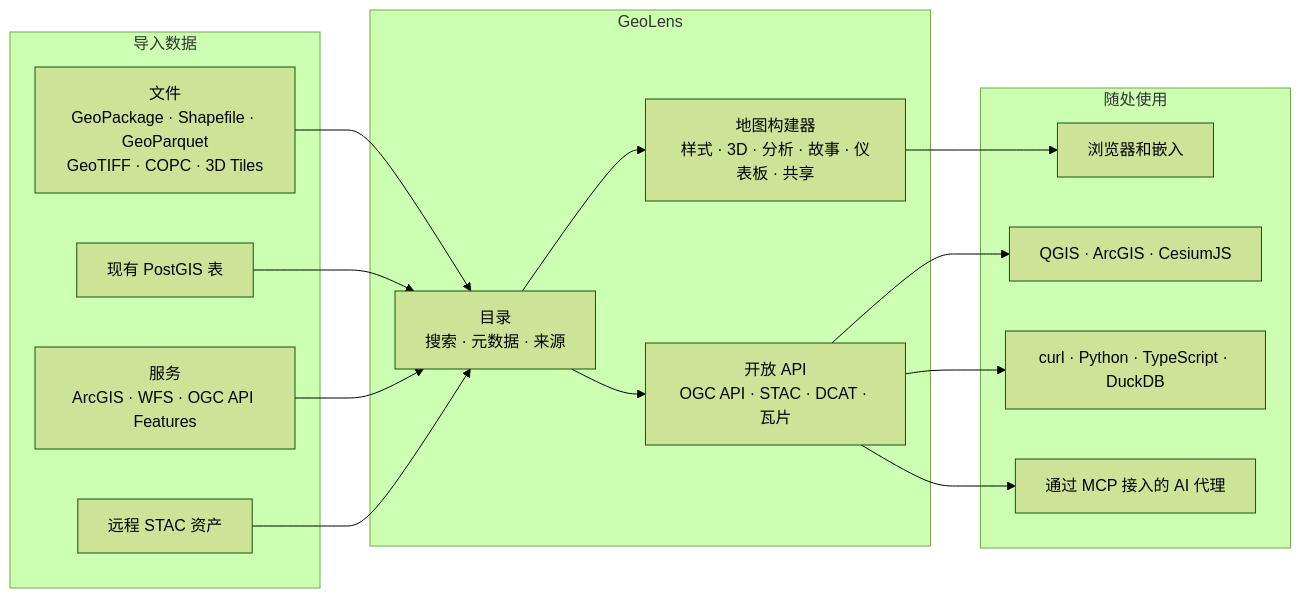
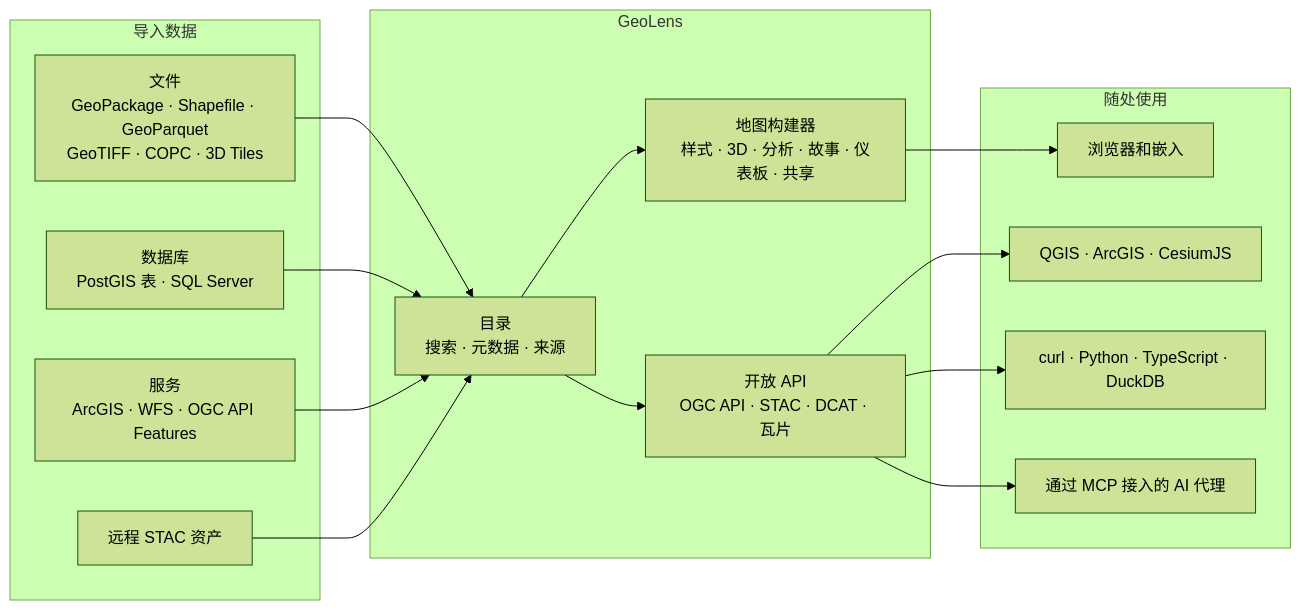
Before and after one commit to geolens-io/geolens: the diagram in README.zh.md, drawn with Mermaid (forest theme). The commit also changed other lines of this file and 3 other files, not shown here.

````diff
--- a/README.zh.md
+++ b/README.zh.md
@@ -136,23 +100,23 @@
 ```mermaid
 flowchart LR
     subgraph IN ["导入数据"]
       F["文件<br/>GeoPackage · Shapefile · GeoParquet<br/>GeoTIFF · COPC · 3D Tiles"]
-      DB["现有 PostGIS 表"]
+      DB["数据库<br/>PostGIS 表 · SQL Server"]
       SVC["服务<br/>ArcGIS · WFS · OGC API Features"]
       ST["远程 STAC 资产"]
     end
     subgraph GL ["GeoLens"]
       CAT["目录<br/>搜索 · 元数据 · 来源"]
       MB["地图构建器<br/>样式 · 3D · 分析 · 故事 · 仪表板 · 共享"]
       STD["开放 API<br/>OGC API · STAC · DCAT · 瓦片"]
     end
     subgraph OUT ["随处使用"]
       WEB["浏览器和嵌入"]
       GIS["QGIS · ArcGIS · CesiumJS"]
       CODE["curl · Python · TypeScript · DuckDB"]
       AG["通过 MCP 接入的 AI 代理"]
     end
     F & DB & SVC & ST --> CAT
     CAT --> MB --> WEB
     CAT --> STD --> GIS & CODE & AG
 ```
````
